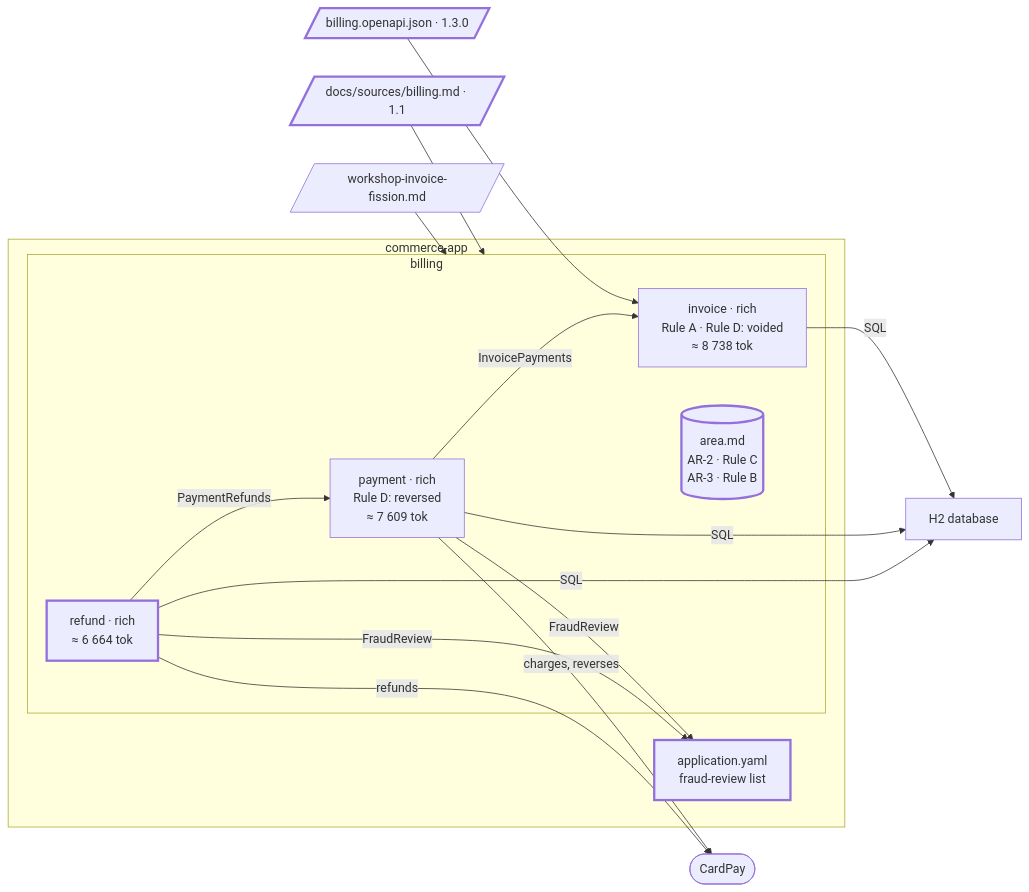
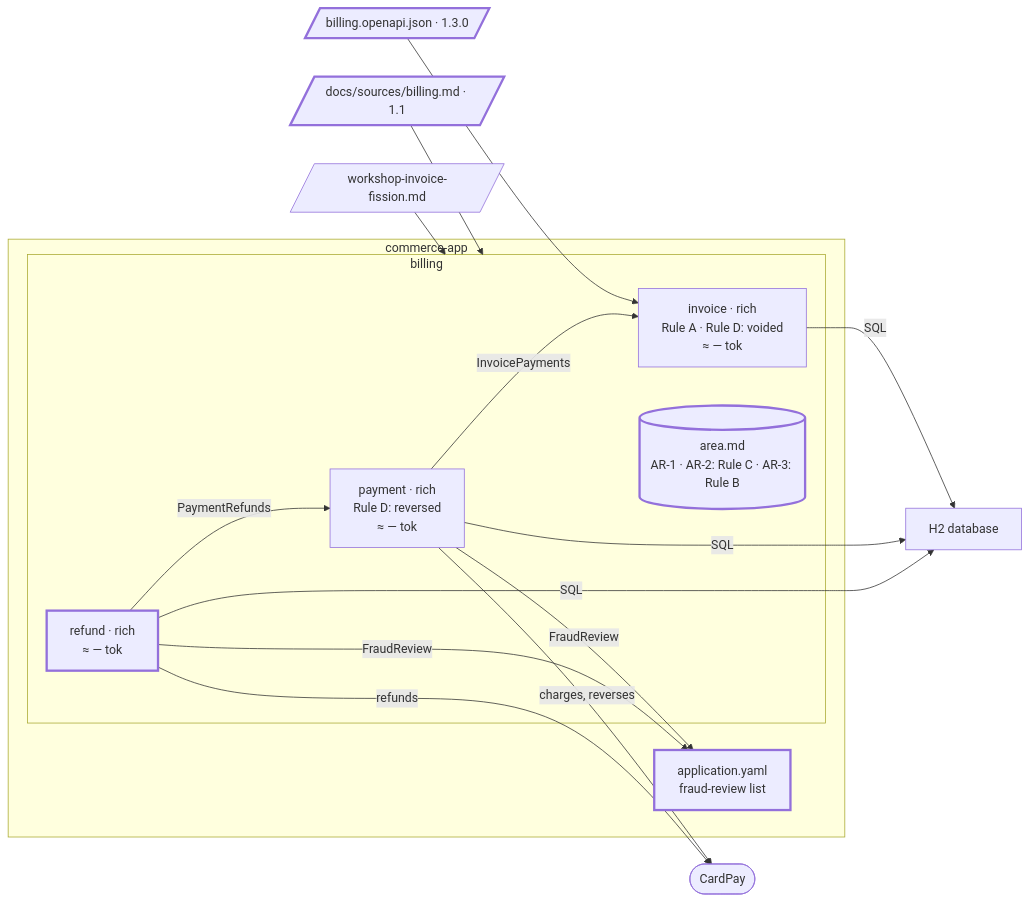
The diagram in docs/guides/a-project-step-by-step/07-new-bounded-context.md (elie29/partition), drawn with Mermaid before and after one commit. The commit also changed other lines of this file and 52 other files, not shown here.

````diff
--- a/docs/guides/a-project-step-by-step/07-new-bounded-context.md
+++ b/docs/guides/a-project-step-by-step/07-new-bounded-context.md
@@ -252,31 +55,31 @@
 ```mermaid
 flowchart LR
   classDef new stroke-width:3px
   classDef gone stroke-dasharray:5 5
   src_billing[/"docs/sources/billing.md · 1.1"/]:::new
   src_workshop[/"workshop-invoice-fission.md"/]
   contract_billing[/"billing.openapi.json · 1.3.0"/]:::new
   subgraph app_commerce["commerce-app"]
     subgraph area_billing["billing"]
-      invoice["invoice · rich<br/>Rule A · Rule D: voided<br/>≈ 8 738 tok"]
-      payment["payment · rich<br/>Rule D: reversed<br/>≈ 7 609 tok"]
-      refund["refund · rich<br/>≈ 6 664 tok"]:::new
-      file_billing[("area.md<br/>AR-2 · Rule C<br/>AR-3 · Rule B")]:::new
+      invoice["invoice · rich<br/>Rule A · Rule D: voided<br/>≈ — tok"]
+      payment["payment · rich<br/>Rule D: reversed<br/>≈ — tok"]
+      refund["refund · rich<br/>≈ — tok"]:::new
+      file_billing[("area.md<br/>AR-1 · AR-2: Rule C · AR-3: Rule B")]:::new
     end
     yaml["application.yaml<br/>fraud-review list"]:::new
   end
   db["H2 database"]
   cardpay(["CardPay"])
   src_billing --> area_billing
   src_workshop --> area_billing
   contract_billing --> invoice
   payment -- "InvoicePayments" --> invoice
   refund -- "PaymentRefunds" --> payment
   payment -- "charges, reverses" --> cardpay
   refund -- "refunds" --> cardpay
   payment -- "FraudReview" --> yaml
   refund -- "FraudReview" --> yaml
   invoice -- "SQL" --> db
   payment -- "SQL" --> db
   refund -- "SQL" --> db
 ```
````
